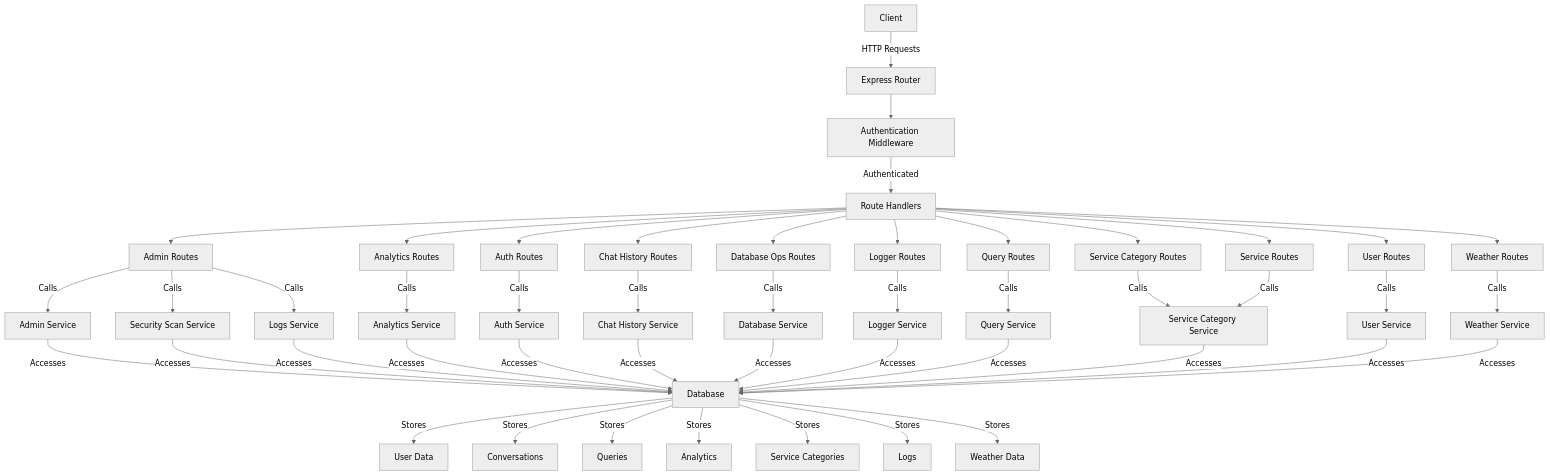
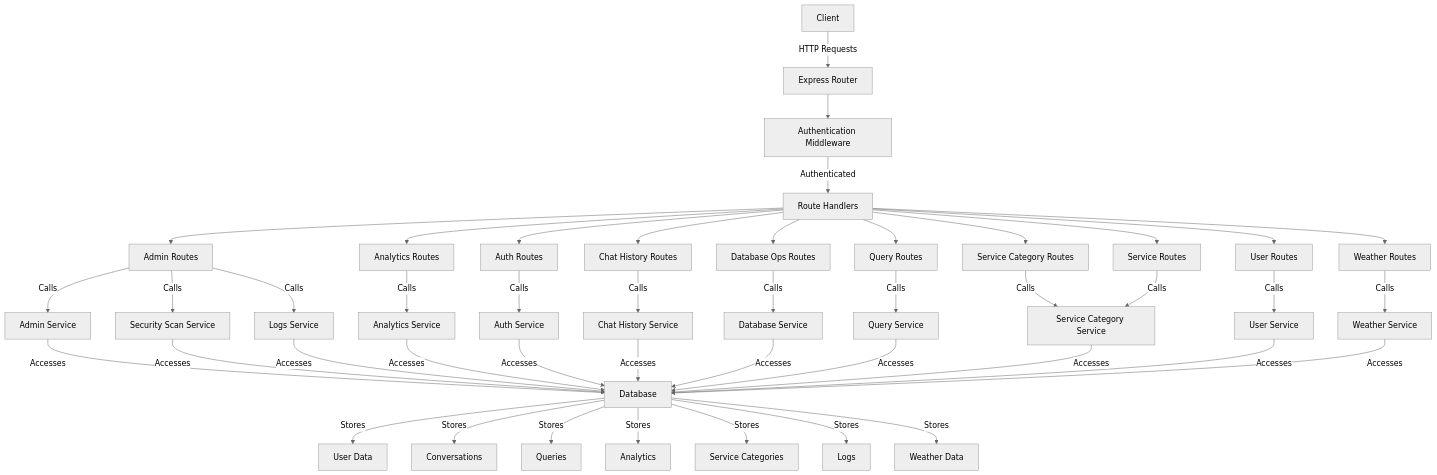
The diagram in components/gov-chat-backend/routes/README.md (jrevillard/genie-ai-replica), drawn with Mermaid (neutral theme) before and after one commit. The commit also changed other lines of this file and 227 other files, not shown here.

````diff
--- a/components/gov-chat-backend/routes/README.md
+++ b/components/gov-chat-backend/routes/README.md
@@ -84,53 +79,50 @@
 ```mermaid
 graph TD
     A[Client] -->|HTTP Requests| B[Express Router]
     B --> C[Authentication Middleware]
     C -->|Authenticated| D[Route Handlers]
     
     D --> E[Admin Routes]
     D --> F[Analytics Routes]
     D --> G[Auth Routes]
     D --> H[Chat History Routes]
     D --> I[Database Ops Routes]
-    D --> J[Logger Routes]
-    D --> K[Query Routes]
+    D --> J[Query Routes]
     D --> L[Service Category Routes]
     D --> M[Service Routes]
     D --> N[User Routes]
     D --> O[Weather Routes]
 
     E -->|Calls| Q[Admin Service]
     E -->|Calls| R[Security Scan Service]
     E -->|Calls| S[Logs Service]
     F -->|Calls| T[Analytics Service]
     G -->|Calls| U[Auth Service]
     H -->|Calls| V[Chat History Service]
     I -->|Calls| W[Database Service]
-    J -->|Calls| X[Logger Service]
-    K -->|Calls| Y[Query Service]
+    J -->|Calls| X[Query Service]
     L -->|Calls| Z[Service Category Service]
     M -->|Calls| Z[Service Category Service]
     N -->|Calls| AB[User Service]
     O -->|Calls| AD[Weather Service]
 
     Q -->|Accesses| AE[Database]
     R -->|Accesses| AE
     S -->|Accesses| AE
     T -->|Accesses| AE
     U -->|Accesses| AE
     V -->|Accesses| AE
     W -->|Accesses| AE
     X -->|Accesses| AE
-    Y -->|Accesses| AE
     Z -->|Accesses| AE
     AB -->|Accesses| AE
     AD -->|Accesses| AE
 
     AE -->|Stores| AF[User Data]
     AE -->|Stores| AG[Conversations]
     AE -->|Stores| AH[Queries]
     AE -->|Stores| AI[Analytics]
     AE -->|Stores| AJ[Service Categories]
     AE -->|Stores| AK[Logs]
     AE -->|Stores| AL[Weather Data]
 ```
````
